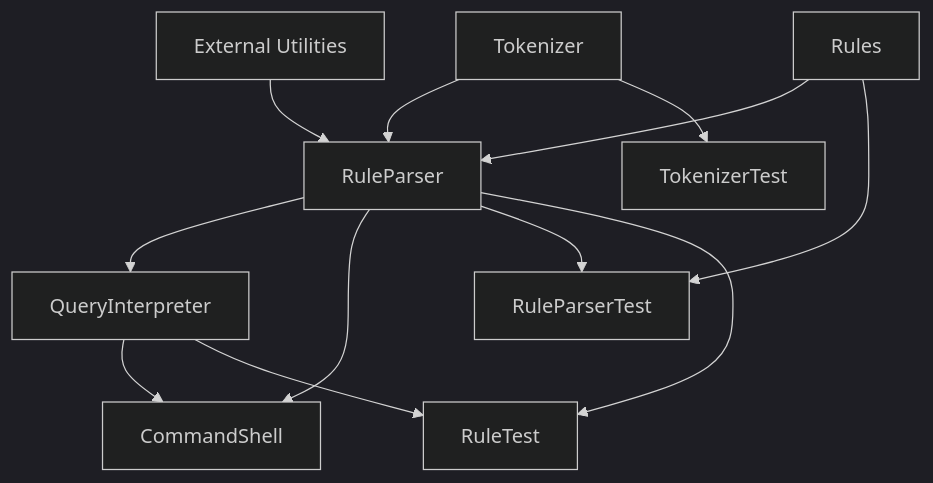
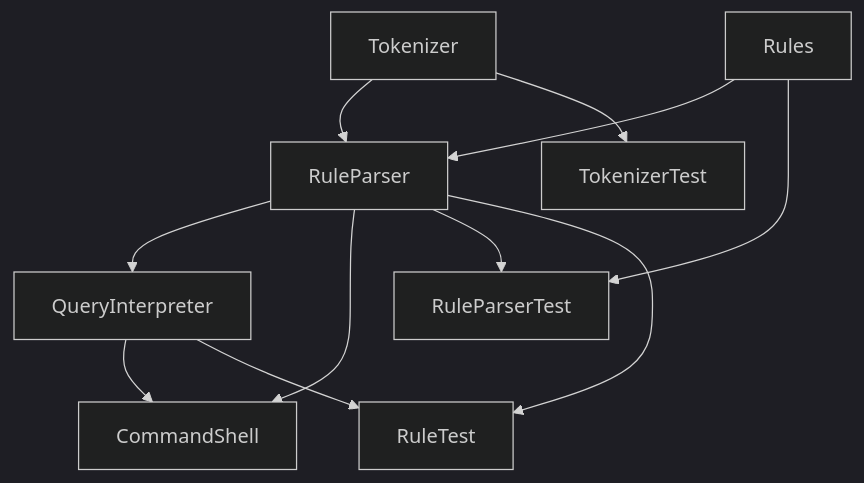
One commit to ThinBuddha/RuleEngine changed the second of 2 diagrams in doc/architecture.md. Above: the diagram before and after it, drawn with Mermaid (dark theme). The commit also changed other lines of this file and 6 other files, not shown here.

Commit message:
Remove external Utilities project dependency

````diff
--- a/doc/architecture.md
+++ b/doc/architecture.md
@@ -206,14 +206,13 @@
 ```mermaid
 flowchart TD
-    Utilities[External Utilities] --> RuleParser
     Tokenizer --> RuleParser
     Rules --> RuleParser
     RuleParser --> QueryInterpreter
     QueryInterpreter --> CommandShell
     RuleParser --> CommandShell
     Tokenizer --> TokenizerTest
     RuleParser --> RuleParserTest
     Rules --> RuleParserTest
     QueryInterpreter --> RuleTest
     RuleParser --> RuleTest
 ```
````
